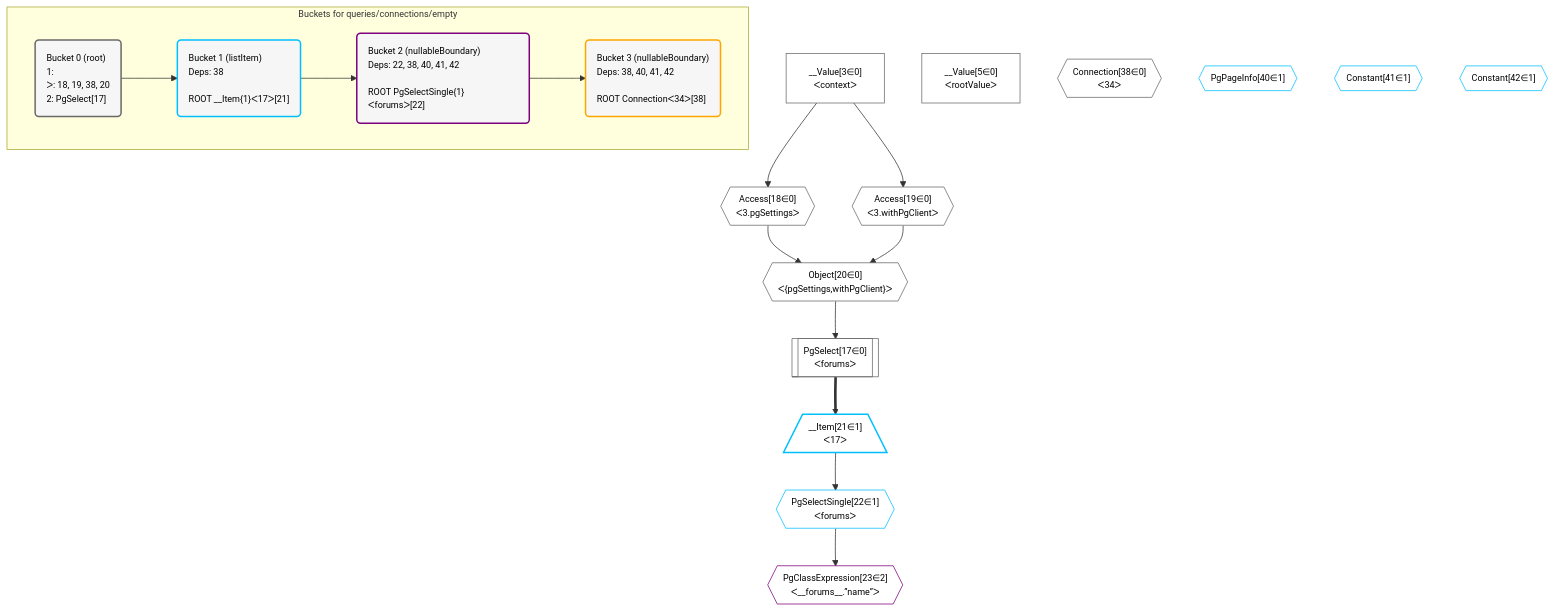
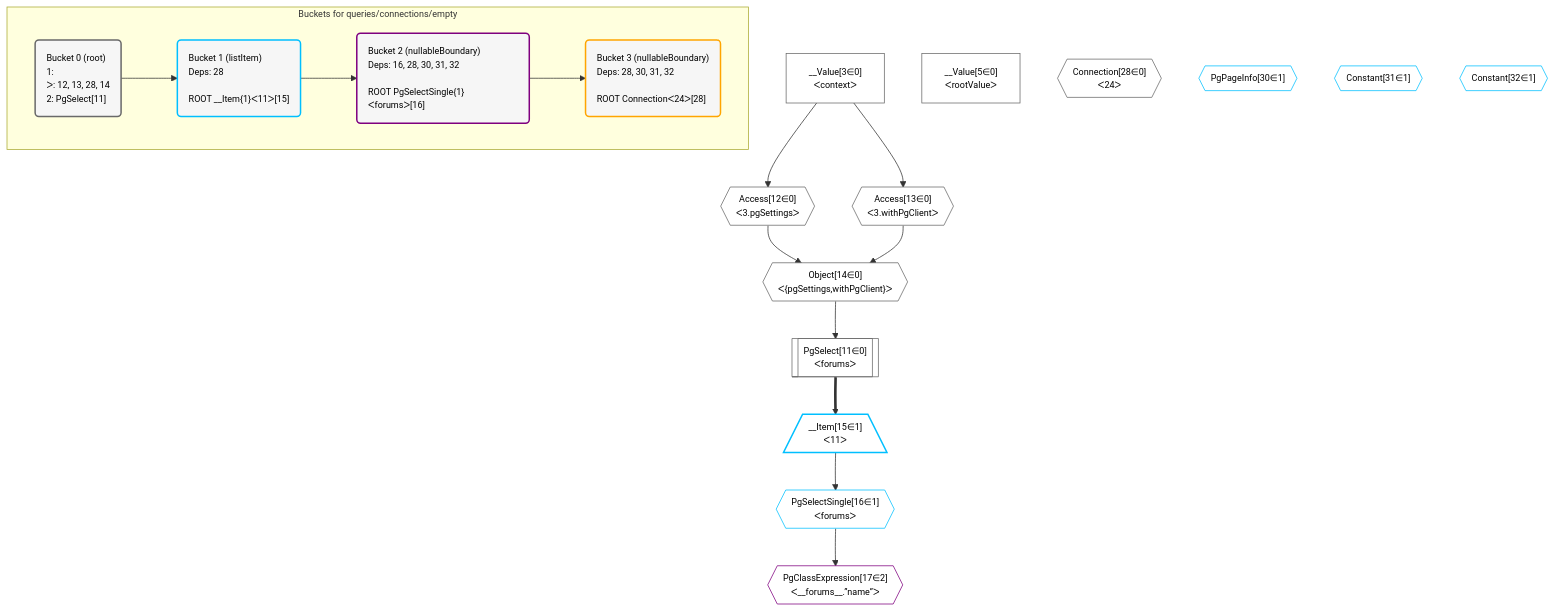
Before and after one commit to graphile/crystal: the diagram in grafast/dataplan-pg/__tests__/queries/connections/empty.mermaid, drawn with Mermaid. The commit also changed 89 other files, not shown here.

Commit message:
Update mermaid plans

```diff
--- a/grafast/dataplan-pg/__tests__/queries/connections/empty.mermaid
+++ b/grafast/dataplan-pg/__tests__/queries/connections/empty.mermaid
@@ -1,51 +1,51 @@
 %%{init: {'themeVariables': { 'fontSize': '12px'}}}%%
 graph TD
     classDef path fill:#eee,stroke:#000,color:#000
     classDef plan fill:#fff,stroke-width:1px,color:#000
     classDef itemplan fill:#fff,stroke-width:2px,color:#000
     classDef unbatchedplan fill:#dff,stroke-width:1px,color:#000
     classDef sideeffectplan fill:#fcc,stroke-width:2px,color:#000
     classDef bucket fill:#f6f6f6,color:#000,stroke-width:2px,text-align:left
 
 
     %% define steps
     __Value3["__Value[3∈0]<br />ᐸcontextᐳ"]:::plan
     __Value5["__Value[5∈0]<br />ᐸrootValueᐳ"]:::plan
-    Access18{{"Access[18∈0]<br />ᐸ3.pgSettingsᐳ"}}:::plan
-    Access19{{"Access[19∈0]<br />ᐸ3.withPgClientᐳ"}}:::plan
-    Object20{{"Object[20∈0]<br />ᐸ{pgSettings,withPgClient}ᐳ"}}:::plan
-    PgSelect17[["PgSelect[17∈0]<br />ᐸforumsᐳ"]]:::plan
-    __Item21[/"__Item[21∈1]<br />ᐸ17ᐳ"\]:::itemplan
-    PgSelectSingle22{{"PgSelectSingle[22∈1]<br />ᐸforumsᐳ"}}:::plan
-    PgClassExpression23{{"PgClassExpression[23∈2]<br />ᐸ__forums__.”name”ᐳ"}}:::plan
-    Connection38{{"Connection[38∈0]<br />ᐸ34ᐳ"}}:::plan
-    PgPageInfo40{{"PgPageInfo[40∈1]"}}:::plan
-    Constant41{{"Constant[41∈1]"}}:::plan
-    Constant42{{"Constant[42∈1]"}}:::plan
+    Access12{{"Access[12∈0]<br />ᐸ3.pgSettingsᐳ"}}:::plan
+    Access13{{"Access[13∈0]<br />ᐸ3.withPgClientᐳ"}}:::plan
+    Object14{{"Object[14∈0]<br />ᐸ{pgSettings,withPgClient}ᐳ"}}:::plan
+    PgSelect11[["PgSelect[11∈0]<br />ᐸforumsᐳ"]]:::plan
+    __Item15[/"__Item[15∈1]<br />ᐸ11ᐳ"\]:::itemplan
+    PgSelectSingle16{{"PgSelectSingle[16∈1]<br />ᐸforumsᐳ"}}:::plan
+    PgClassExpression17{{"PgClassExpression[17∈2]<br />ᐸ__forums__.”name”ᐳ"}}:::plan
+    Connection28{{"Connection[28∈0]<br />ᐸ24ᐳ"}}:::plan
+    PgPageInfo30{{"PgPageInfo[30∈1]"}}:::plan
+    Constant31{{"Constant[31∈1]"}}:::plan
+    Constant32{{"Constant[32∈1]"}}:::plan
 
     %% plan dependencies
-    __Value3 --> Access18
-    __Value3 --> Access19
-    Access18 & Access19 --> Object20
-    Object20 --> PgSelect17
-    PgSelect17 ==> __Item21
-    __Item21 --> PgSelectSingle22
-    PgSelectSingle22 --> PgClassExpression23
+    __Value3 --> Access12
+    __Value3 --> Access13
+    Access12 & Access13 --> Object14
+    Object14 --> PgSelect11
+    PgSelect11 ==> __Item15
+    __Item15 --> PgSelectSingle16
+    PgSelectSingle16 --> PgClassExpression17
 
     subgraph "Buckets for queries/connections/empty"
-    Bucket0("Bucket 0 (root)<br />1: <br />ᐳ: 18, 19, 38, 20<br />2: PgSelect[17]"):::bucket
+    Bucket0("Bucket 0 (root)<br />1: <br />ᐳ: 12, 13, 28, 14<br />2: PgSelect[11]"):::bucket
     classDef bucket0 stroke:#696969
-    class Bucket0,__Value3,__Value5,PgSelect17,Access18,Access19,Object20,Connection38 bucket0
-    Bucket1("Bucket 1 (listItem)<br />Deps: 38<br /><br />ROOT __Item{1}ᐸ17ᐳ[21]"):::bucket
+    class Bucket0,__Value3,__Value5,PgSelect11,Access12,Access13,Object14,Connection28 bucket0
+    Bucket1("Bucket 1 (listItem)<br />Deps: 28<br /><br />ROOT __Item{1}ᐸ11ᐳ[15]"):::bucket
     classDef bucket1 stroke:#00bfff
-    class Bucket1,__Item21,PgSelectSingle22,PgPageInfo40,Constant41,Constant42 bucket1
-    Bucket2("Bucket 2 (nullableBoundary)<br />Deps: 22, 38, 40, 41, 42<br /><br />ROOT PgSelectSingle{1}ᐸforumsᐳ[22]"):::bucket
+    class Bucket1,__Item15,PgSelectSingle16,PgPageInfo30,Constant31,Constant32 bucket1
+    Bucket2("Bucket 2 (nullableBoundary)<br />Deps: 16, 28, 30, 31, 32<br /><br />ROOT PgSelectSingle{1}ᐸforumsᐳ[16]"):::bucket
     classDef bucket2 stroke:#7f007f
-    class Bucket2,PgClassExpression23 bucket2
-    Bucket3("Bucket 3 (nullableBoundary)<br />Deps: 38, 40, 41, 42<br /><br />ROOT Connectionᐸ34ᐳ[38]"):::bucket
+    class Bucket2,PgClassExpression17 bucket2
+    Bucket3("Bucket 3 (nullableBoundary)<br />Deps: 28, 30, 31, 32<br /><br />ROOT Connectionᐸ24ᐳ[28]"):::bucket
     classDef bucket3 stroke:#ffa500
     class Bucket3 bucket3
     Bucket0 --> Bucket1
     Bucket1 --> Bucket2
     Bucket2 --> Bucket3
     end
```
